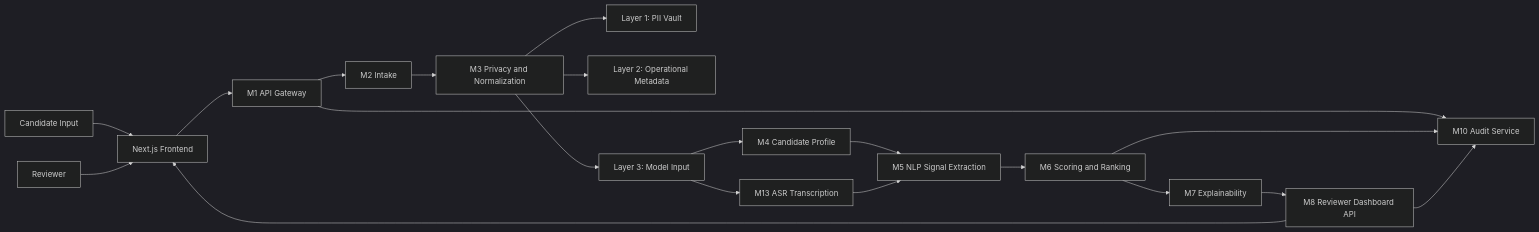
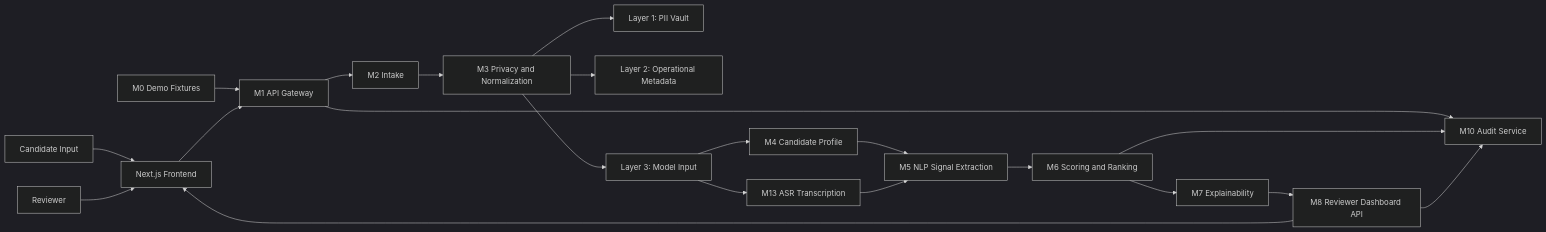
The first of 3 diagrams in docs/eng/ARCHITECTURE.md (alenisaw/invision_u_Vi-Ka), drawn with Mermaid (dark theme) before and after one commit. The commit also changed other lines of this file and 33 other files, not shown here.

````diff
--- a/docs/eng/ARCHITECTURE.md
+++ b/docs/eng/ARCHITECTURE.md
@@ -36,39 +36,41 @@
 ```mermaid
 flowchart LR
     Candidate["Candidate Input"]
+    M0["M0 Demo Fixtures"]
     Frontend["Next.js Frontend"]
     M1["M1 API Gateway"]
     M2["M2 Intake"]
     M3["M3 Privacy and Normalization"]
     L1["Layer 1: PII Vault"]
     L2["Layer 2: Operational Metadata"]
     L3["Layer 3: Model Input"]
     M4["M4 Candidate Profile"]
     M5["M5 NLP Signal Extraction"]
     M13["M13 ASR Transcription"]
     M6["M6 Scoring and Ranking"]
     M7["M7 Explainability"]
     M8["M8 Reviewer Dashboard API"]
     M10["M10 Audit Service"]
     Reviewer["Reviewer"]
 
     Candidate --> Frontend
+    M0 --> M1
     Frontend --> M1
     M1 --> M2
     M2 --> M3
     M3 --> L1
     M3 --> L2
     M3 --> L3
     L3 --> M4
     M4 --> M5
     L3 --> M13
     M13 --> M5
     M5 --> M6
     M6 --> M7
     M7 --> M8
     M8 --> Frontend
     Reviewer --> Frontend
     M1 --> M10
     M6 --> M10
     M8 --> M10
 ```
````
